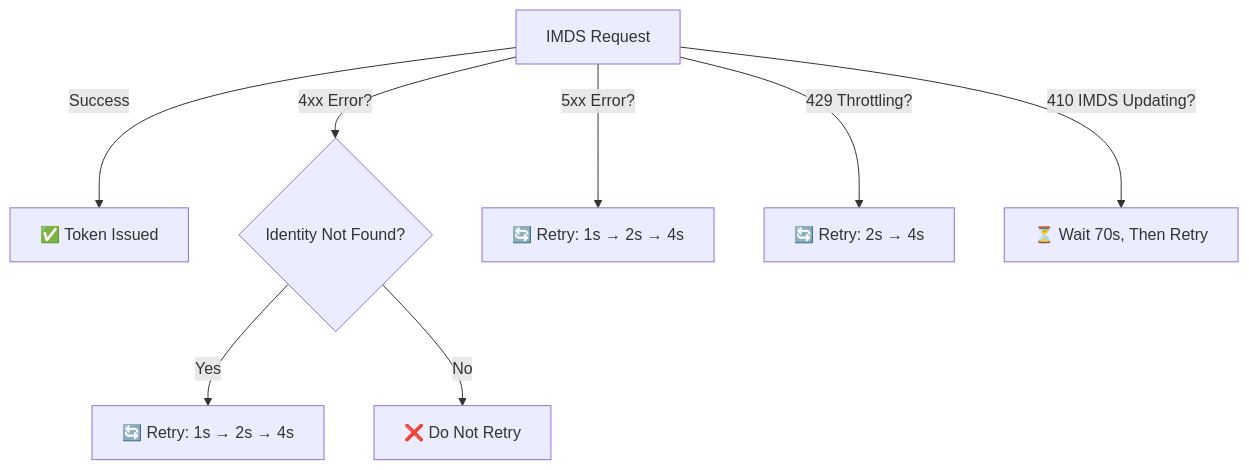
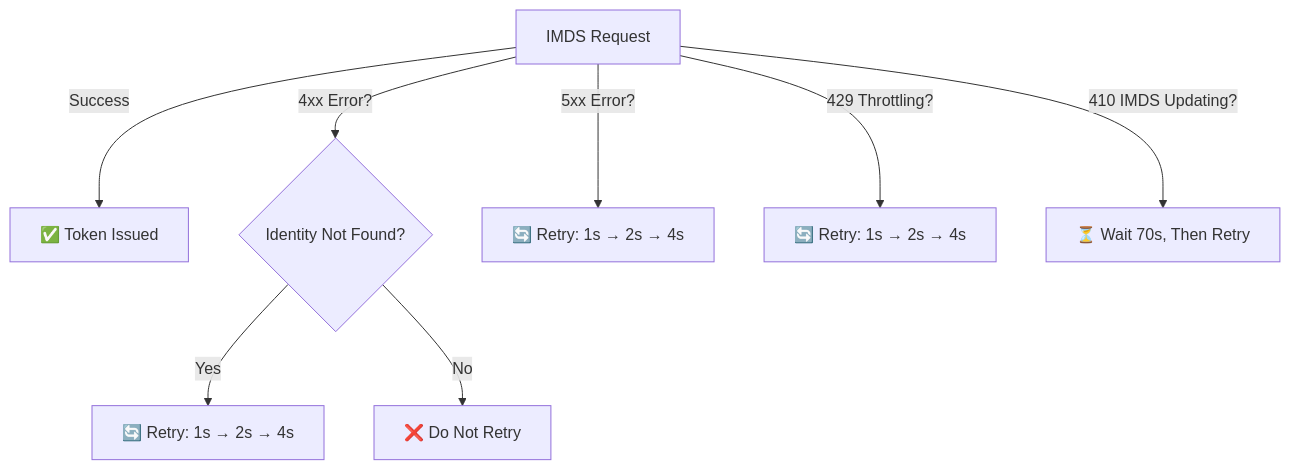
The diagram in docs/imds_retry_based_on_errors.md (AzureAD/microsoft-authentication-library-for-dotnet), drawn with Mermaid before and after one commit.

Commit message:
Update retry logic for 429 Throttling

````diff
--- a/docs/imds_retry_based_on_errors.md
+++ b/docs/imds_retry_based_on_errors.md
@@ -49,11 +49,11 @@
 ```mermaid
 graph TD;
   
   A[IMDS Request] -->|Success| B[✅ Token Issued]
   A -->|4xx Error?| C{Identity Not Found?}
   C -- Yes --> D[🔄 Retry: 1s → 2s → 4s]
   C -- No --> E[❌ Do Not Retry]
   A -->|5xx Error?| F[🔄 Retry: 1s → 2s → 4s]
-  A -->|429 Throttling?| G[🔄 Retry: 2s → 4s]
+  A -->|429 Throttling?| G[🔄 Retry: 1s → 2s → 4s]
   A -->|410 IMDS Updating?| H[⏳ Wait 70s, Then Retry]
 ```
````
